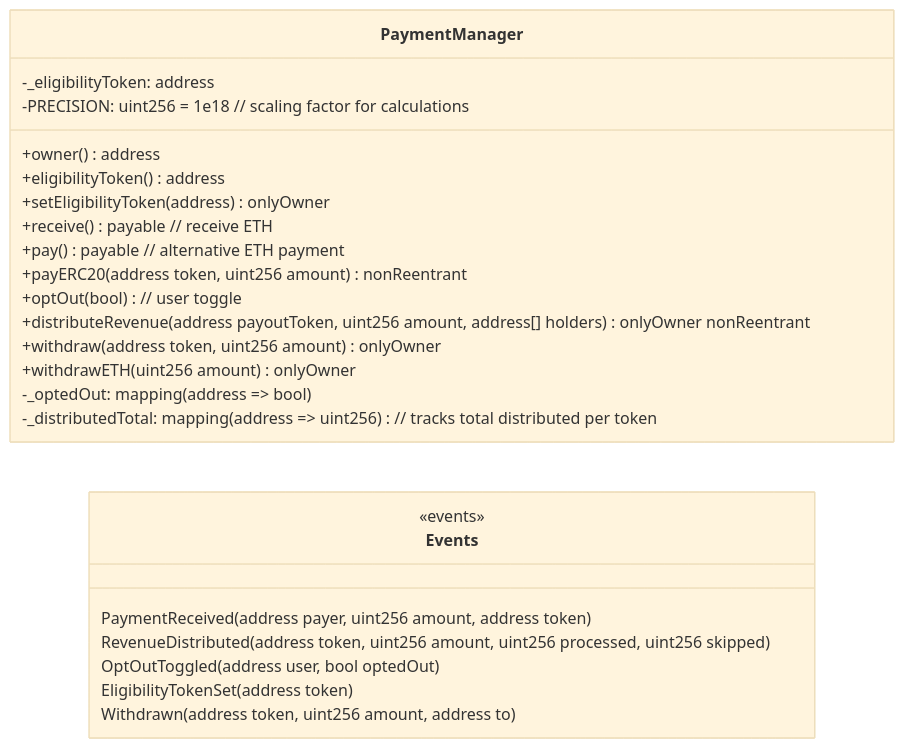
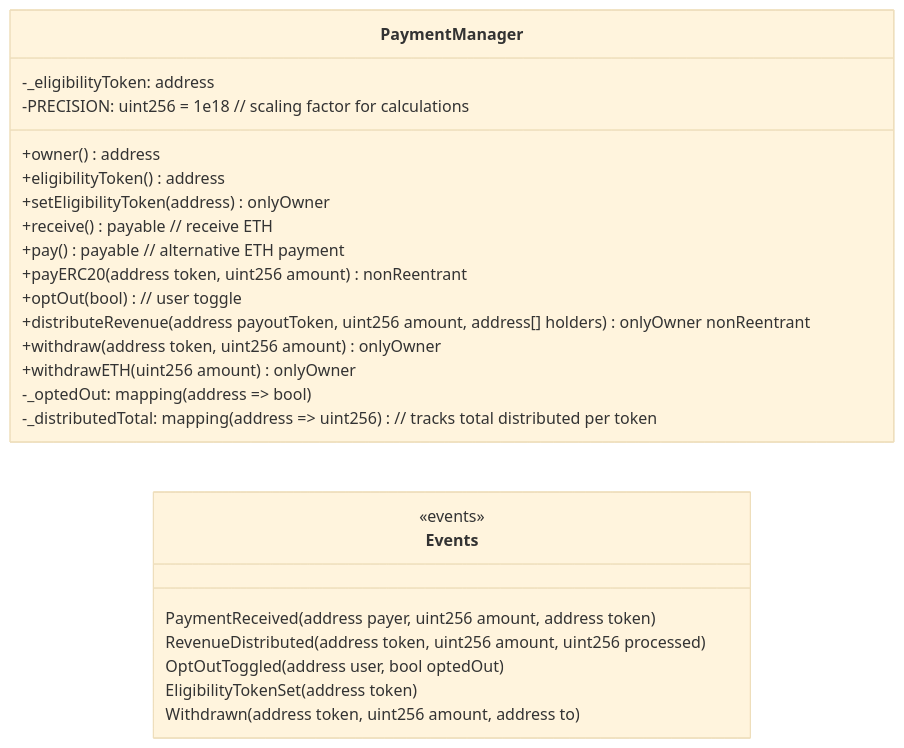
Before and after one commit to PerpetualOrganizationArchitect/POP: the first of 4 diagrams in PaymentManager-TechnicalSpec.md, drawn with Mermaid (base theme). The commit also changed other lines of this file, not shown here.

First line of the commit message:
Remove skipped parameter from RevenueDistributed event

````diff
--- a/PaymentManager-TechnicalSpec.md
+++ b/PaymentManager-TechnicalSpec.md
@@ -148,30 +148,30 @@
 ```mermaid
 classDiagram
     direction LR
 
     class PaymentManager {
       +owner() address
       +eligibilityToken() address
       +setEligibilityToken(address) onlyOwner
       +receive() payable  // receive ETH
       +pay() payable  // alternative ETH payment
       +payERC20(address token, uint256 amount) nonReentrant
       +optOut(bool)  // user toggle
       +distributeRevenue(address payoutToken, uint256 amount, address[] holders) onlyOwner nonReentrant
       +withdraw(address token, uint256 amount) onlyOwner
       +withdrawETH(uint256 amount) onlyOwner
       -_optedOut: mapping(address => bool)
       -_eligibilityToken: address
       -_distributedTotal: mapping(address => uint256)  // tracks total distributed per token
       -PRECISION: uint256 = 1e18  // scaling factor for calculations
     }
     
     class Events {
       <<events>>
       PaymentReceived(address payer, uint256 amount, address token)
-      RevenueDistributed(address token, uint256 amount, uint256 processed, uint256 skipped)
+      RevenueDistributed(address token, uint256 amount, uint256 processed)
       OptOutToggled(address user, bool optedOut)
       EligibilityTokenSet(address token)
       Withdrawn(address token, uint256 amount, address to)
     }
 ```
````
